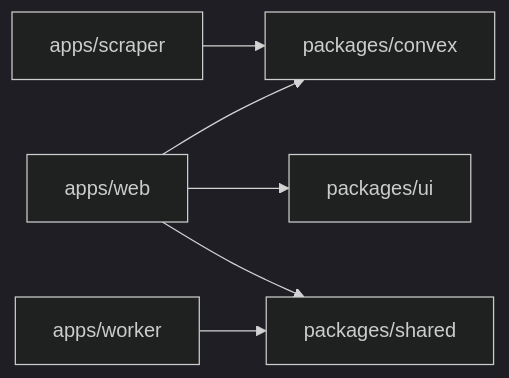
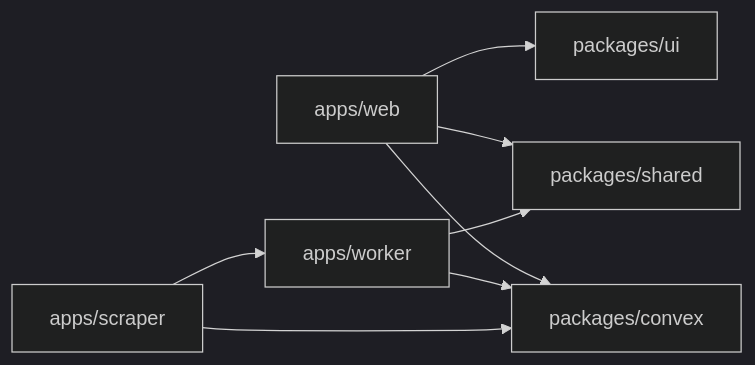
One commit to Fractal-Tess/react-monorepo changed the diagram in README.md. Above: the diagram before and after it, drawn with Mermaid (dark theme). The commit also changed other lines of this file, not shown here.

Commit message:
Update README badge and stack graph

````diff
--- a/README.md
+++ b/README.md
@@ -25,15 +25,17 @@
 ```mermaid
 flowchart LR
   web[apps/web]
   worker[apps/worker]
   scraper[apps/scraper]
   convex[packages/convex]
   shared[packages/shared]
   ui[packages/ui]
 
   web --> convex
   web --> ui
   web --> shared
+  worker --> convex
   worker --> shared
   scraper --> convex
+  scraper --> worker
 ```
````
